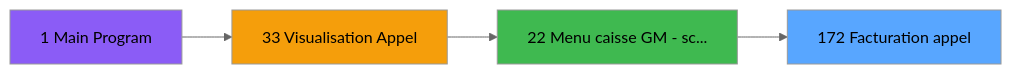
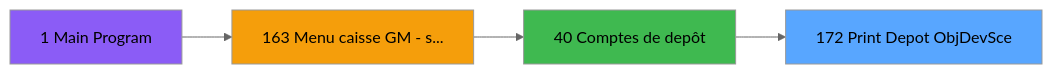
One commit to thonyAGP/lecteur-magic changed the second of 3 diagrams in .openspec/specs/ADH-IDE-172.md. Above: the diagram before and after it, drawn with Mermaid (neutral theme). The commit also changed other lines of this file and 493 other files, not shown here.

````diff
--- a/.openspec/specs/ADH-IDE-172.md
+++ b/.openspec/specs/ADH-IDE-172.md
@@ -366,14 +297,14 @@
 ```mermaid
 graph LR
-    T172[172 Facturation appel]
+    T172[172 Print Depot ObjDevSce]
     style T172 fill:#58a6ff
     CC1[1 Main Program]
     style CC1 fill:#8b5cf6
-    CC33[33 Visualisation Appel]
-    style CC33 fill:#f59e0b
-    CC22[22 Menu caisse GM - sc...]
-    style CC22 fill:#3fb950
-    CC33 --> CC22
-    CC1 --> CC33
-    CC22 --> T172
+    CC163[163 Menu caisse GM - s...]
+    style CC163 fill:#f59e0b
+    CC40[40 Comptes de depôt]
+    style CC40 fill:#3fb950
+    CC163 --> CC40
+    CC1 --> CC163
+    CC40 --> T172
 ```
````
